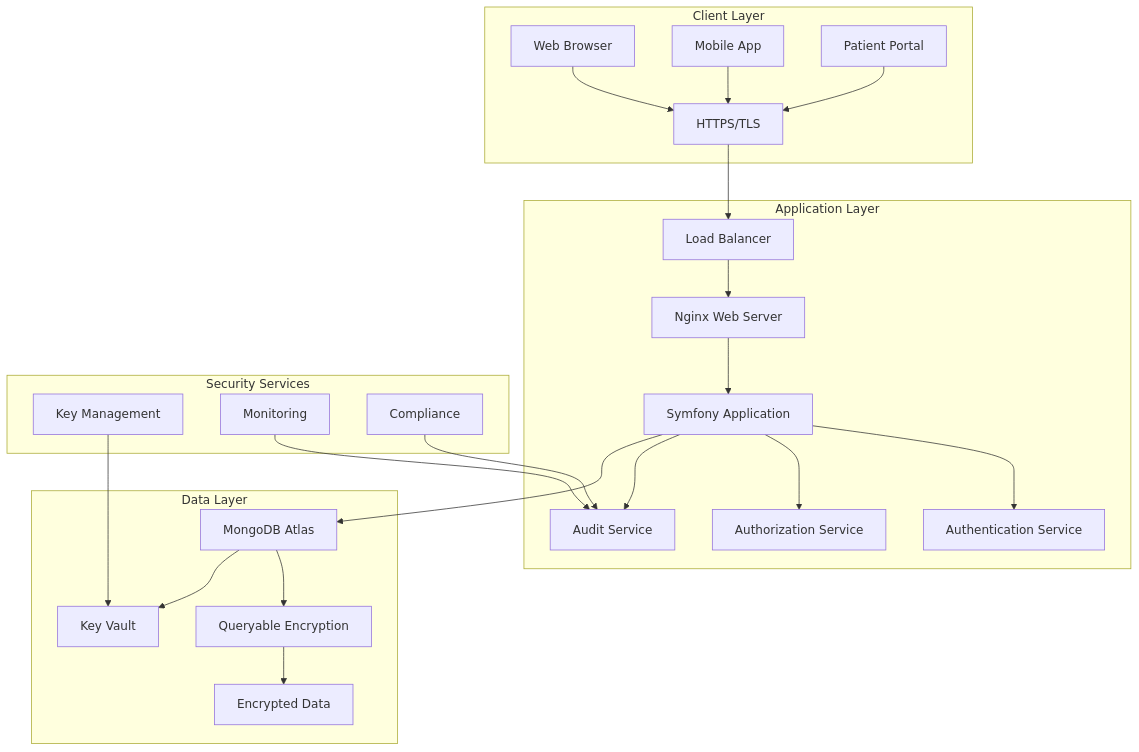
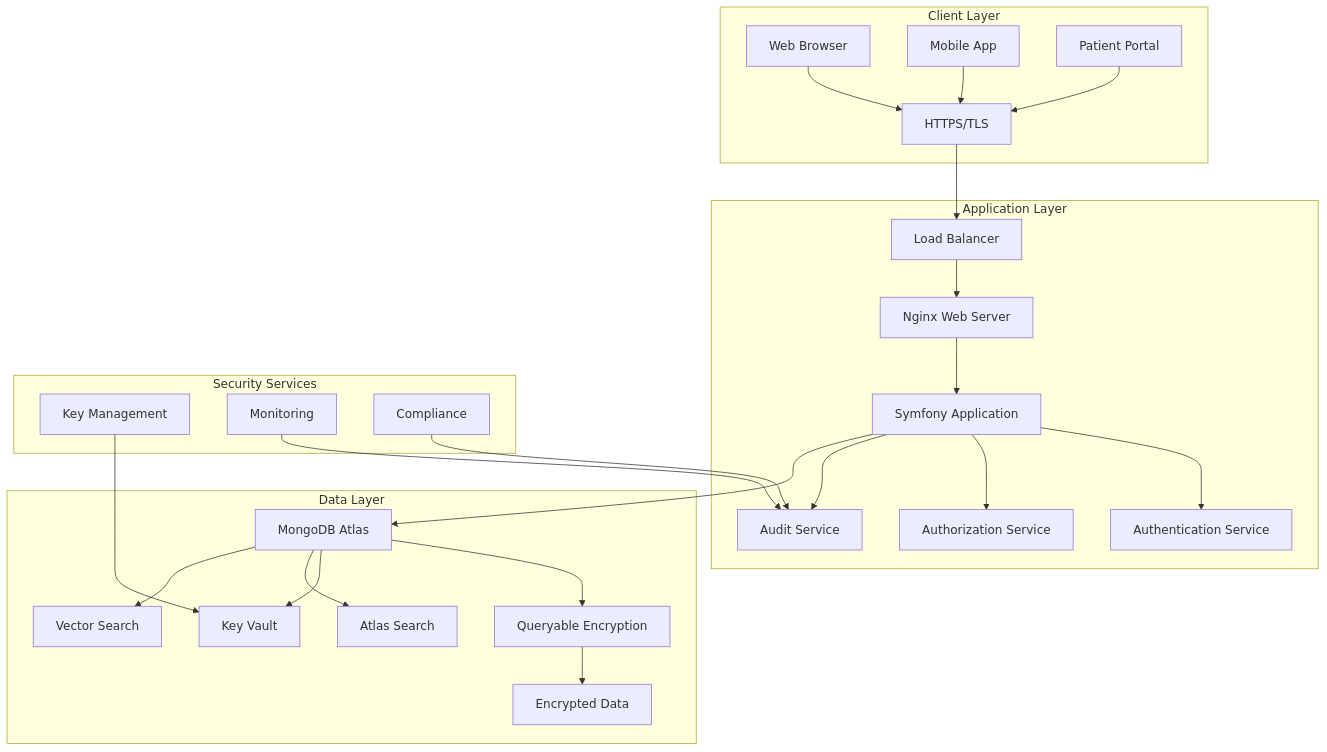
One commit to mrlynn/securehealth-docs changed the first of 3 diagrams in docs/developer-guides/architecture.md. Above: the diagram before and after it, drawn with Mermaid. The commit also changed other lines of this file and 4271 other files, not shown here.

````diff
--- a/docs/developer-guides/architecture.md
+++ b/docs/developer-guides/architecture.md
@@ -7,30 +7,32 @@
 ```mermaid title="SecureHealth System Architecture"
 graph TB
     subgraph "Client Layer"
         A[Web Browser] --> B[HTTPS/TLS]
         C[Mobile App] --> B
         D[Patient Portal] --> B
     end
     
     subgraph "Application Layer"
         B --> E[Load Balancer]
         E --> F[Nginx Web Server]
         F --> G[Symfony Application]
         G --> H[Authentication Service]
         G --> I[Authorization Service]
         G --> J[Audit Service]
     end
     
     subgraph "Data Layer"
         G --> K[MongoDB Atlas]
         K --> L[Queryable Encryption]
         K --> M[Key Vault]
+        K --> R[Atlas Search]
+        K --> S[Vector Search]
         L --> N[Encrypted Data]
     end
     
     subgraph "Security Services"
         O[Key Management] --> M
         P[Monitoring] --> J
         Q[Compliance] --> J
     end
 ```
````
